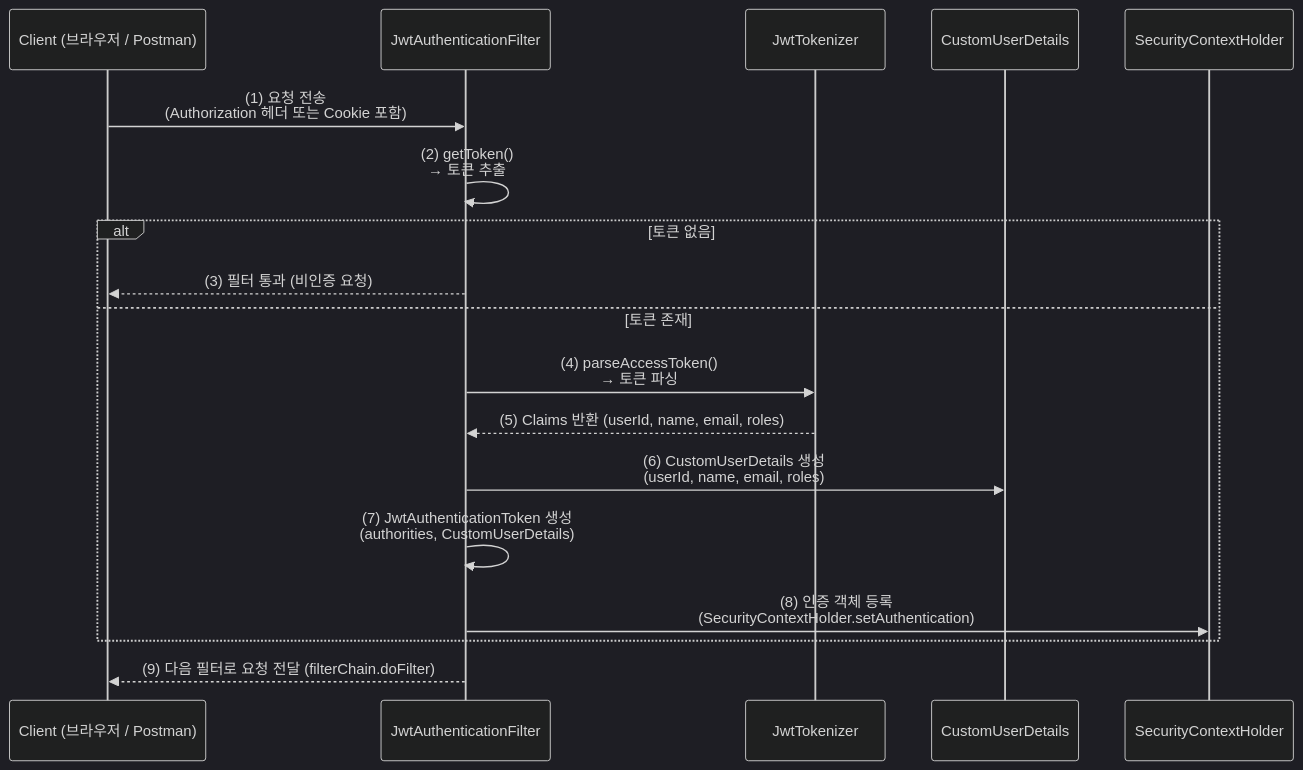
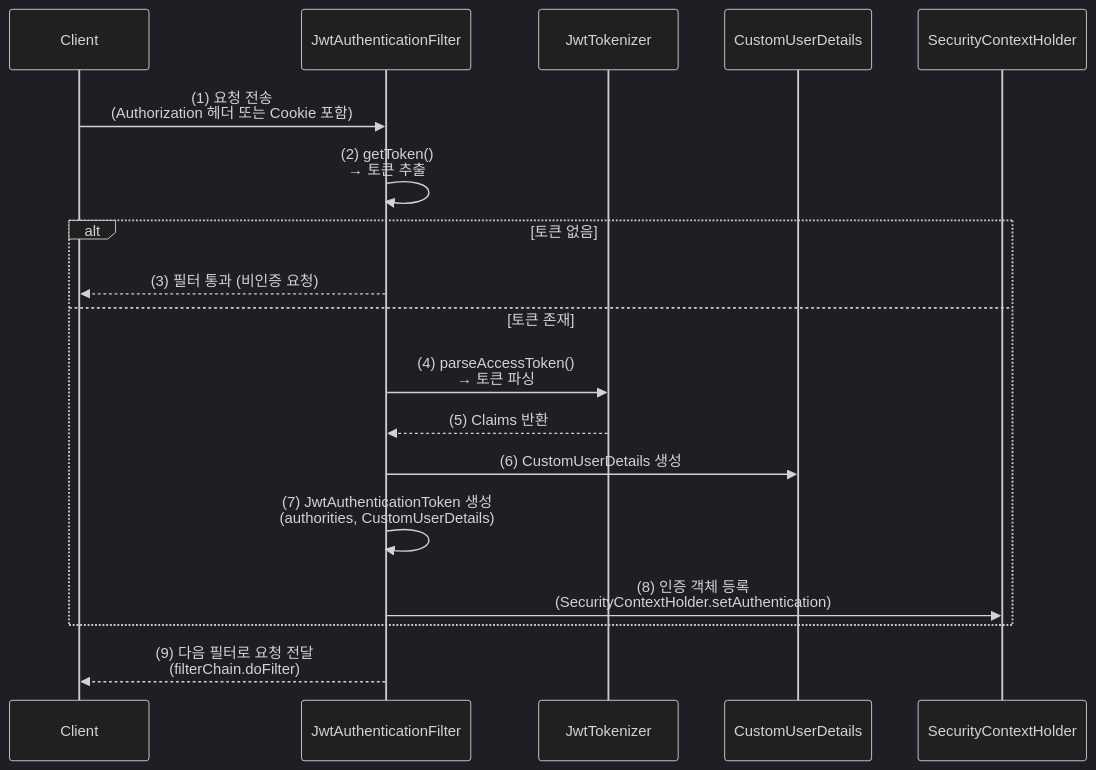
One commit to star1431/backend changed the second of 5 diagrams in src/week_13/_1112/1112내용.md. Above: the diagram before and after it, drawn with Mermaid (dark theme). The commit also changed other lines of this file and 4 other files, not shown here.

````diff
--- a/src/week_13/_1112/1112내용.md
+++ b/src/week_13/_1112/1112내용.md
@@ -110,21 +110,21 @@
 ```mermaid
 sequenceDiagram
-    participant C as Client (브라우저 / Postman)
+    participant C as Client
     participant F as JwtAuthenticationFilter
     participant JT as JwtTokenizer
     participant CU as CustomUserDetails
     participant SC as SecurityContextHolder
 
     C->>F: (1) 요청 전송<br>(Authorization 헤더 또는 Cookie 포함)
     F->>F: (2) getToken()<br>→ 토큰 추출
     alt 토큰 없음
         F-->>C: (3) 필터 통과 (비인증 요청)
     else 토큰 존재
         F->>JT: (4) parseAccessToken()<br>→ 토큰 파싱
-        JT-->>F: (5) Claims 반환 (userId, name, email, roles)
-        F->>CU: (6) CustomUserDetails 생성<br>(userId, name, email, roles)
+        JT-->>F: (5) Claims 반환
+        F->>CU: (6) CustomUserDetails 생성
         F->>F: (7) JwtAuthenticationToken 생성<br>(authorities, CustomUserDetails)
         F->>SC: (8) 인증 객체 등록<br>(SecurityContextHolder.setAuthentication)
     end
-    F-->>C: (9) 다음 필터로 요청 전달 (filterChain.doFilter)
+    F-->>C: (9) 다음 필터로 요청 전달<br>(filterChain.doFilter)
 ```
````
